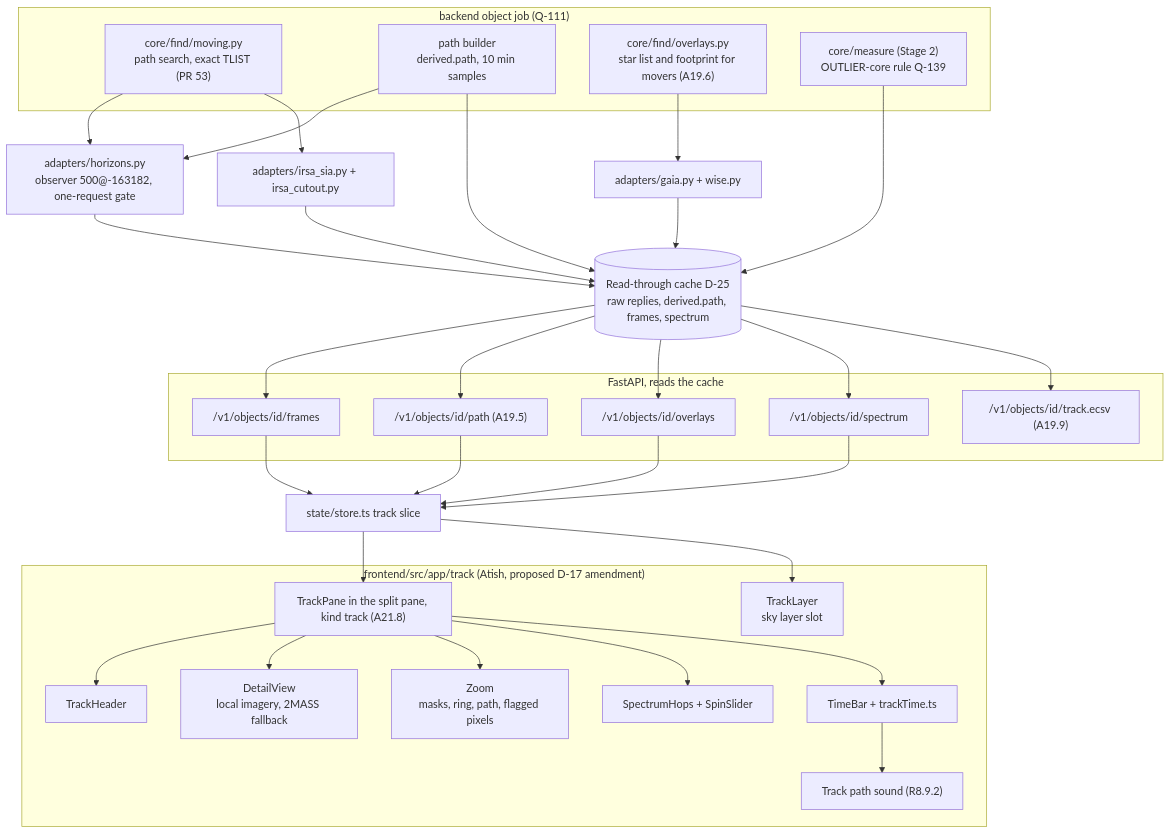
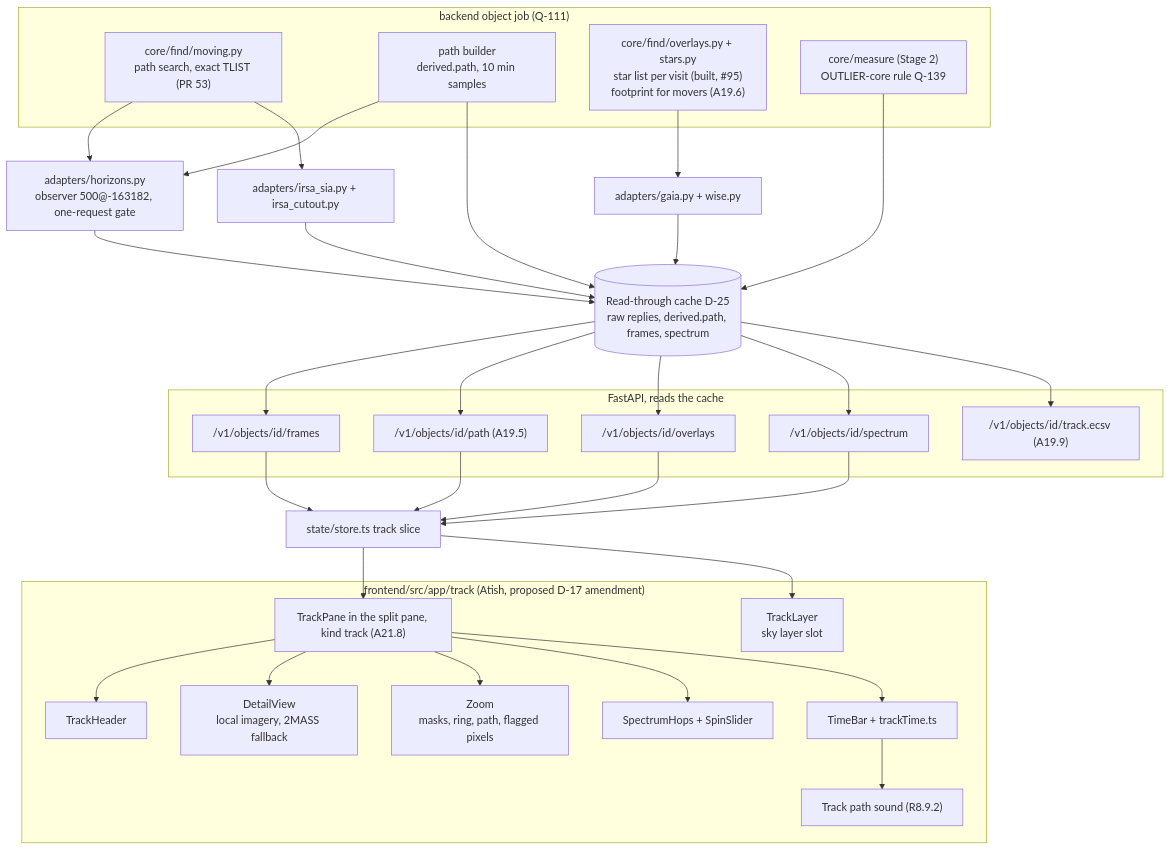
One commit to 0ffrian/SphereX changed the first of 3 diagrams in docs/uml/23-track.md. Above: the diagram before and after it, drawn with Mermaid. The commit also changed 11 other files, not shown here.

First line of the commit message:
Docs (#95): star list for movers built; Q-403 choices, Q-404 owner

````diff
--- a/docs/uml/23-track.md
+++ b/docs/uml/23-track.md
@@ -7,57 +7,57 @@
 ```mermaid
 flowchart TB
   subgraph Job["backend object job (Q-111)"]
     PS["core/find/moving.py<br/>path search, exact TLIST (PR 53)"]
     PATH["path builder<br/>derived.path, 10 min samples"]
-    OVL["core/find/overlays.py<br/>star list and footprint for movers (A19.6)"]
+    OVL["core/find/overlays.py + stars.py<br/>star list per visit (built, #95)<br/>footprint for movers (A19.6)"]
     MEAS["core/measure (Stage 2)<br/>OUTLIER-core rule Q-139"]
   end
   HOR["adapters/horizons.py<br/>observer 500@-163182, one-request gate"]
   SIA["adapters/irsa_sia.py + irsa_cutout.py"]
   CAT["adapters/gaia.py + wise.py"]
   CACHE[("Read-through cache D-25<br/>raw replies, derived.path, frames, spectrum")]
   subgraph API["FastAPI, reads the cache"]
     FR["/v1/objects/id/frames"]
     PA["/v1/objects/id/path (A19.5)"]
     OV["/v1/objects/id/overlays"]
     SP["/v1/objects/id/spectrum"]
     EX["/v1/objects/id/track.ecsv (A19.9)"]
   end
   subgraph FE["frontend/src/app/track (Atish, proposed D-17 amendment)"]
     PANE["TrackPane in the split pane, kind track (A21.8)"]
     HEAD[TrackHeader]
     DET["DetailView<br/>local imagery, 2MASS fallback"]
     ZOOM["Zoom<br/>masks, ring, path, flagged pixels"]
     SPEC["SpectrumHops + SpinSlider"]
     TIME["TimeBar + trackTime.ts"]
     LAYER["TrackLayer<br/>sky layer slot"]
     SOUND["Track path sound (R8.9.2)"]
   end
   STORE["state/store.ts track slice"]
   PS --> HOR
   PS --> SIA
   PATH --> HOR
   OVL --> CAT
   MEAS --> CACHE
   HOR --> CACHE
   SIA --> CACHE
   CAT --> CACHE
   PATH --> CACHE
   CACHE --> FR
   CACHE --> PA
   CACHE --> OV
   CACHE --> SP
   CACHE --> EX
   FR --> STORE
   PA --> STORE
   OV --> STORE
   SP --> STORE
   STORE --> PANE
   PANE --> HEAD
   PANE --> DET
   PANE --> ZOOM
   PANE --> SPEC
   PANE --> TIME
   STORE --> LAYER
   TIME --> SOUND
 ```
````
